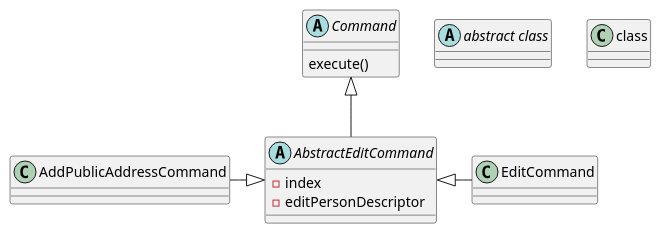
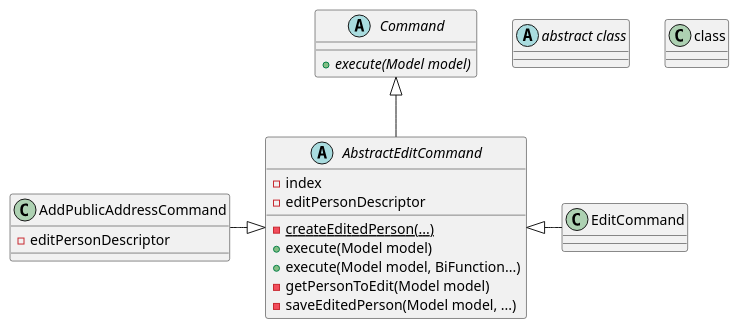
Before and after one commit to AY2425S1-CS2103T-T08-1/tp: the diagram in diagrams/AbstractEditCommandClassDiagram.puml, drawn with PlantUML. The commit also changed 25 other files, not shown here.

```diff
--- a/diagrams/AbstractEditCommandClassDiagram.puml
+++ b/diagrams/AbstractEditCommandClassDiagram.puml
@@ -1,19 +1,26 @@
 @startuml
 'https://plantuml.com/class-diagram
 
 abstract Command {
-    execute()
+    + {abstract} execute(Model model)
 }
 abstract AbstractEditCommand {
-    -index
-    -editPersonDescriptor
+    - index
+    - editPersonDescriptor
+    - {static} createEditedPerson(...)
+    + execute(Model model)
+    + execute(Model model, BiFunction...)
+    - getPersonToEdit(Model model)
+    - saveEditedPerson(Model model, ...)
 }
 class EditCommand
-class AddPublicAddressCommand
+class AddPublicAddressCommand {
+    - editPersonDescriptor
+}
 Command <|-- AbstractEditCommand
 AbstractEditCommand <|- EditCommand
 AddPublicAddressCommand -|> AbstractEditCommand
 abstract "abstract class"
 class "class"
 
 @enduml
```
